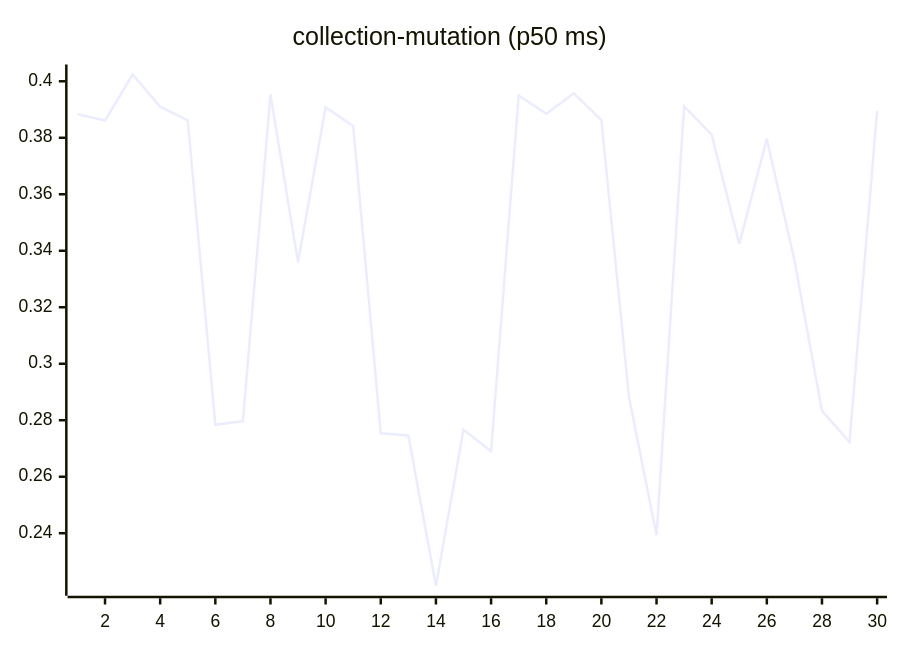
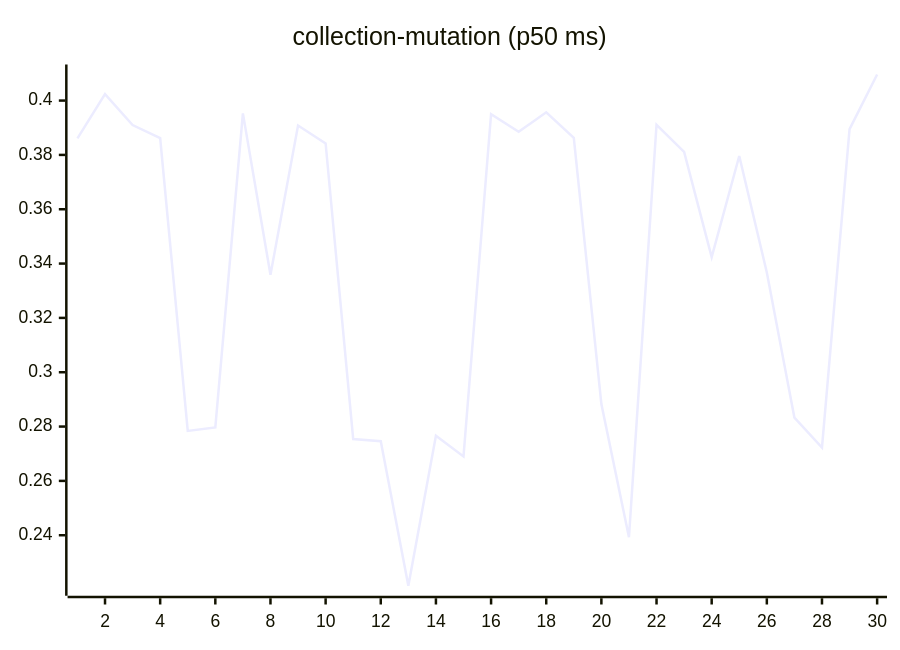
One commit to josha/Facet changed the sixth of 27 diagrams in README.md. Above: the diagram before and after it, drawn with Mermaid. The commit also changed other lines of this file and 2 other files, not shown here.

````diff
--- a/README.md
+++ b/README.md
@@ -98,6 +98,6 @@
 ```mermaid
 xychart-beta
     title "collection-mutation (p50 ms)"
     x-axis 1 --> 30
-    line [0.3883, 0.3861, 0.4024, 0.3910, 0.3862, 0.2784, 0.2797, 0.3953, 0.3359, 0.3908, 0.3842, 0.2754, 0.2746, 0.2214, 0.2766, 0.2690, 0.3950, 0.3885, 0.3957, 0.3863, 0.2883, 0.2393, 0.3911, 0.3811, 0.3424, 0.3796, 0.3367, 0.2833, 0.2723, 0.3895]
+    line [0.3861, 0.4024, 0.3910, 0.3862, 0.2784, 0.2797, 0.3953, 0.3359, 0.3908, 0.3842, 0.2754, 0.2746, 0.2214, 0.2766, 0.2690, 0.3950, 0.3885, 0.3957, 0.3863, 0.2883, 0.2393, 0.3911, 0.3811, 0.3424, 0.3796, 0.3367, 0.2833, 0.2723, 0.3895, 0.4096]
 ```
````
